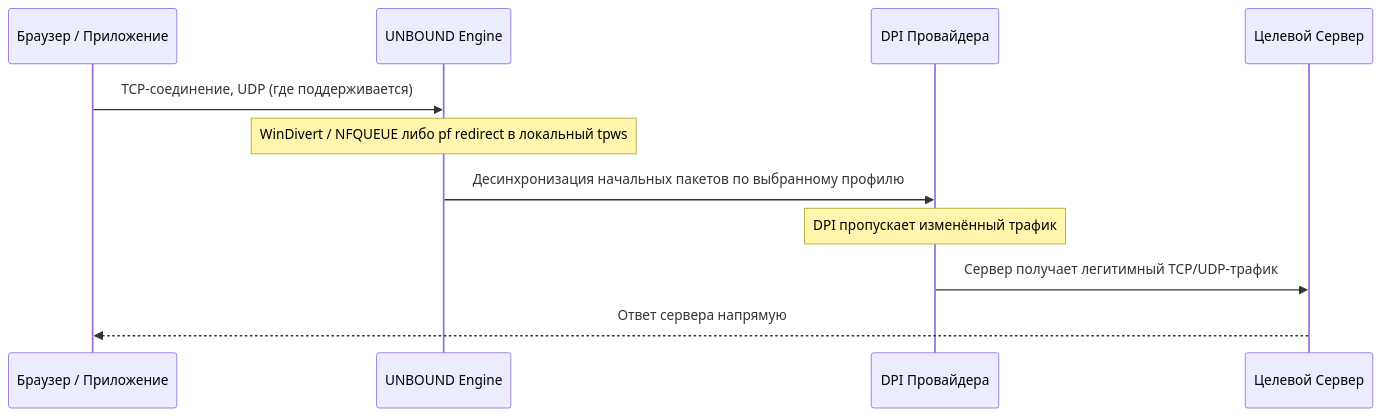
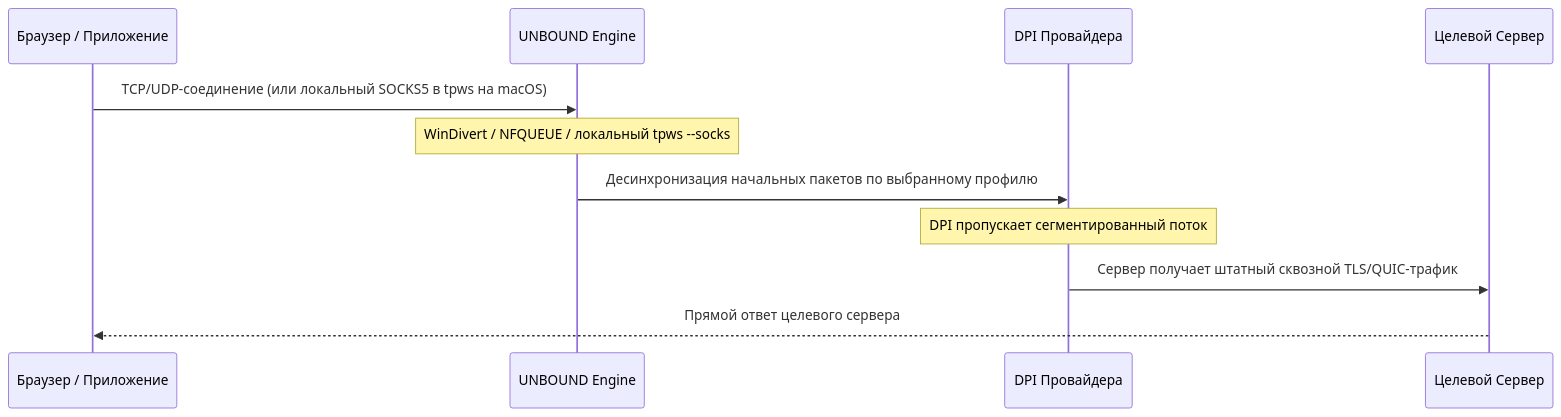
One commit to bobberdolle1/unbound changed the diagram in README.md. Above: the diagram before and after it, drawn with Mermaid. The commit also changed other lines of this file and 17 other files, not shown here.

````diff
--- a/README.md
+++ b/README.md
@@ -84,14 +78,14 @@
 ```mermaid
 sequenceDiagram
     participant B as Браузер / Приложение
     participant U as UNBOUND Engine
     participant D as DPI Провайдера
     participant S as Целевой Сервер
 
-    B->>U: TCP-соединение, UDP (где поддерживается)
-    Note over U: WinDivert / NFQUEUE либо pf redirect в локальный tpws
+    B->>U: TCP/UDP-соединение (или локальный SOCKS5 в tpws на macOS)
+    Note over U: WinDivert / NFQUEUE / локальный tpws --socks
     U->>D: Десинхронизация начальных пакетов по выбранному профилю
-    Note over D: DPI пропускает изменённый трафик
-    D->>S: Сервер получает легитимный TCP/UDP-трафик
-    S-->>B: Ответ сервера напрямую
+    Note over D: DPI пропускает сегментированный поток
+    D->>S: Сервер получает штатный сквозной TLS/QUIC-трафик
+    S-->>B: Прямой ответ целевого сервера
 ```
````
